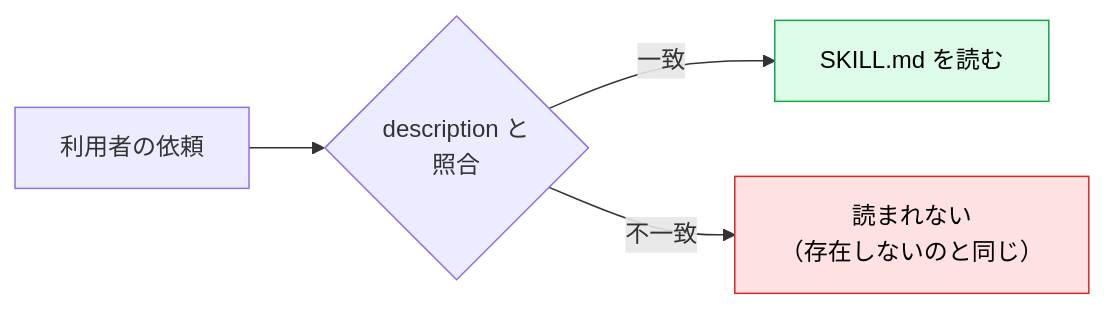
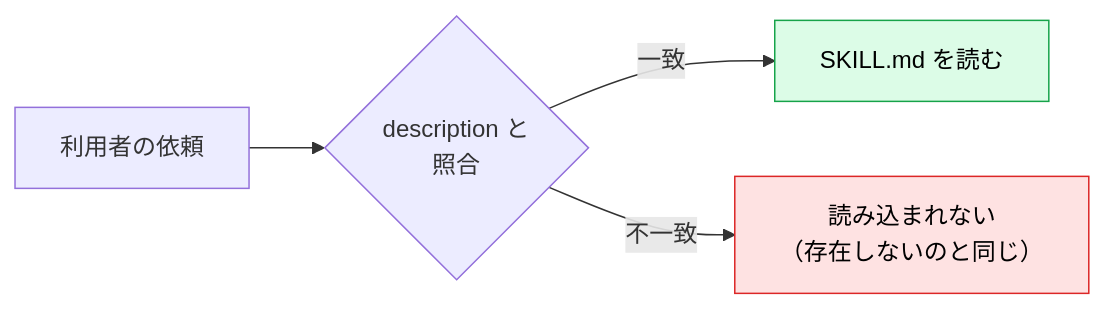
One commit to takuma39/ai changed the first of 2 diagrams in contents/24_skills/02_writing-description.md. Above: the diagram before and after it, drawn with Mermaid. The commit also changed other lines of this file and 26 other files, not shown here.

First line of the commit message:
Add Mermaid configuration and skills guide PDF

````diff
--- a/contents/24_skills/02_writing-description.md
+++ b/contents/24_skills/02_writing-description.md
@@ -34,9 +34,9 @@
 ```mermaid
 flowchart LR
     R["利用者の依頼"] --> M{"description と<br/>照合"}
     M -->|一致| L["SKILL.md を読む"]
-    M -->|不一致| S["読まれない<br/>（存在しないのと同じ）"]
+    M -->|不一致| S["読み込まれない<br/>（存在しないのと同じ）"]
 
     style L fill:#dcfce7,stroke:#16a34a,color:#000
     style S fill:#fee2e2,stroke:#dc2626,color:#000
 ```
````
